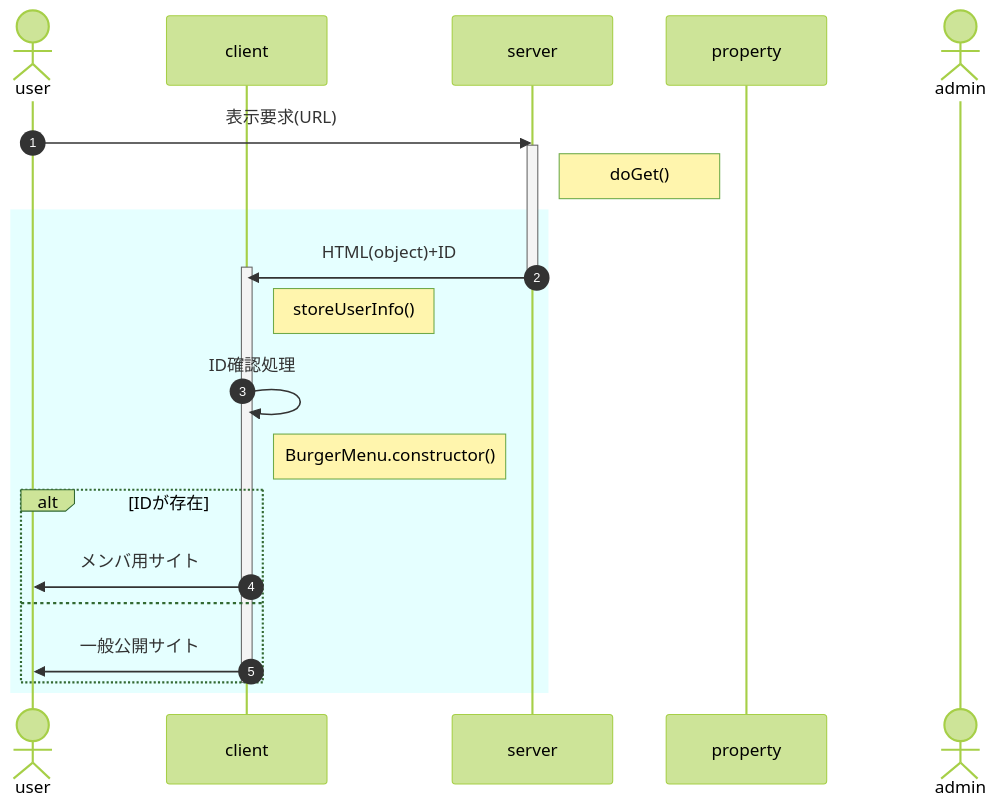
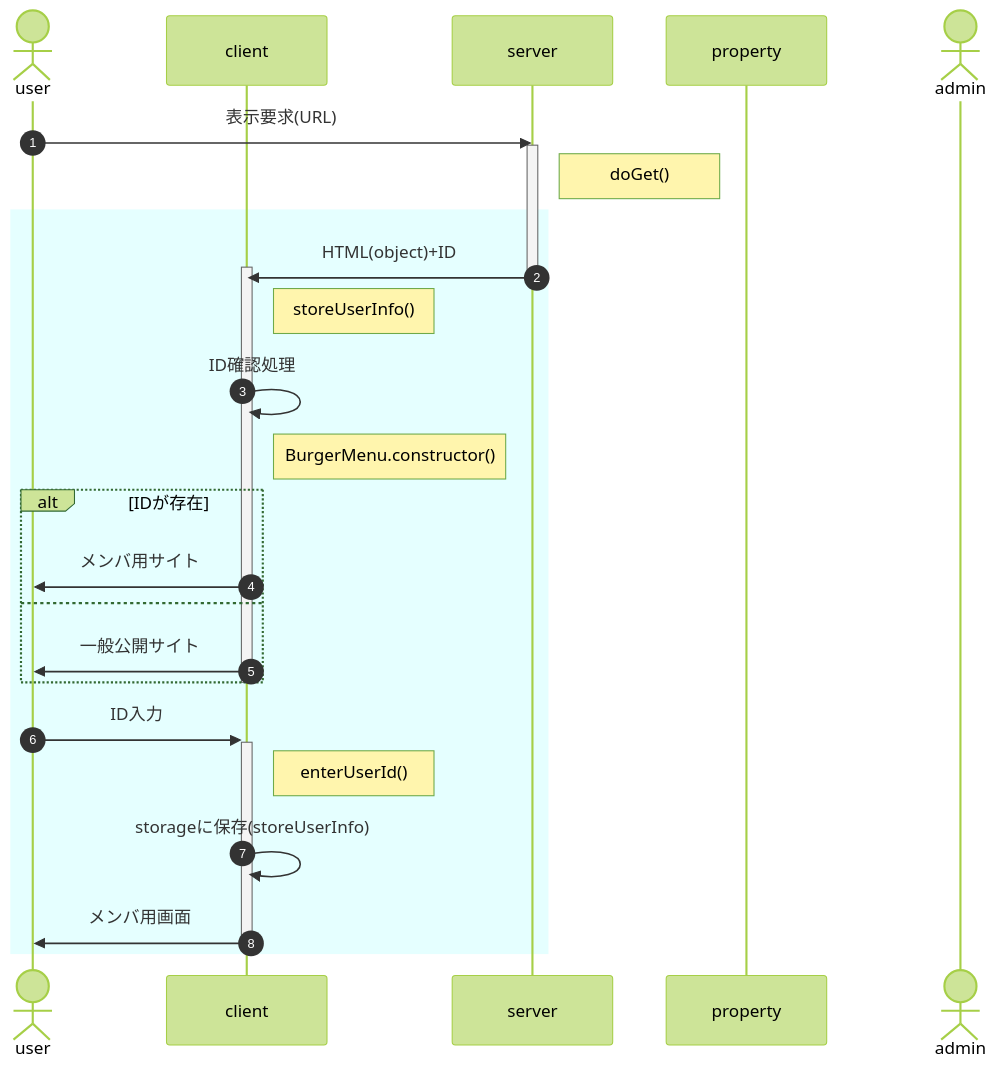
One commit to nakaone/library changed the diagram in Auth/2.0.0/doc/onload.md. Above: the diagram before and after it, drawn with Mermaid (forest theme). The commit also changed other lines of this file and 8 other files, not shown here.

````diff
--- a/Auth/2.0.0/doc/onload.md
+++ b/Auth/2.0.0/doc/onload.md
@@ -3,27 +3,32 @@
 ```mermaid
 sequenceDiagram
   autonumber
   actor user
   participant client
   participant server
   participant property
   actor admin
 
   user ->> server : 表示要求(URL)
   activate server
   Note right of server : doGet()
   rect rgba(0, 255, 255, 0.1)
     server ->> client : HTML(object)+ID
     activate client
     deactivate server
     Note right of client : storeUserInfo()
     client ->> client : ID確認処理
     Note right of client : BurgerMenu.constructor()
     alt IDが存在
       client ->> user : メンバ用サイト
     else
       client ->> user : 一般公開サイト
     end
     deactivate client
+
+    user ->>+ client : ID入力
+    Note right of client : enterUserId()
+    client ->> client : storageに保存(storeUserInfo)
+    client ->>- user : メンバ用画面
   end
 ```
````
